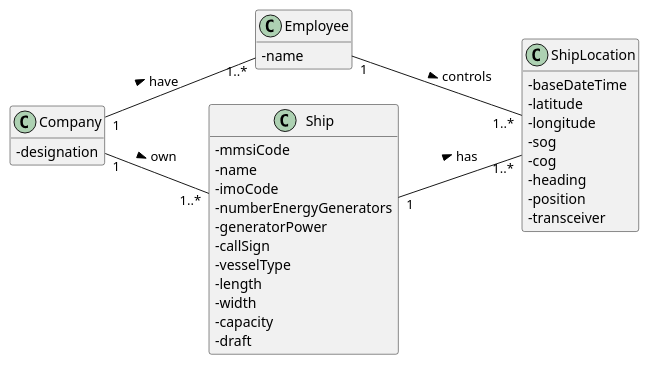
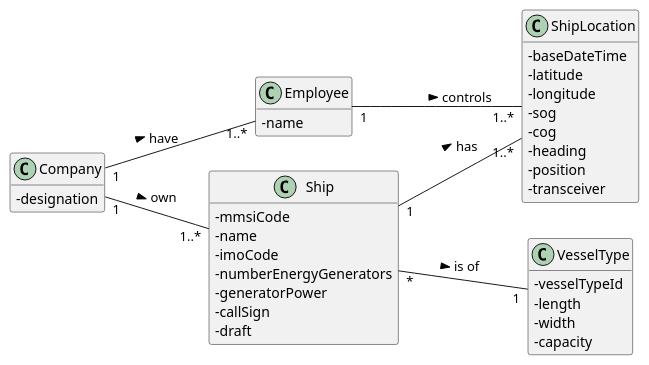
Before and after one commit to 0franciscor/lapr3-2021-g042: the diagram in docs/US106/US106_DM.puml, drawn with PlantUML. The commit also changed 5 other files, not shown here.

```diff
--- a/docs/US106/US106_DM.puml
+++ b/docs/US106/US106_DM.puml
@@ -1,50 +1,54 @@
 @startuml
 'https://plantuml.com/class-diagram
 
 hide methods
 left to right direction
 skinparam classAttributeIconSize 0
 
 
 class Employee {
 -name
 }
 
 class ShipLocation {
 -baseDateTime
 -latitude
 -longitude
 -sog
 -cog
 -heading
 -position
 -transceiver
 }
 
 class Ship {
 -mmsiCode
 -name
 -imoCode
 -numberEnergyGenerators
 -generatorPower
 -callSign
--vesselType
+-draft
+}
+
+class VesselType {
+-vesselTypeId
 -length
 -width
 -capacity
--draft
 }
 
 class Company {
 -designation
 }
 
 Company "1"--"1..*" Ship: own >
 Company "1"--"1..*" Employee: have >
 
 Ship "1" -- "1..*" ShipLocation : has >
+Ship "*" -- "1" VesselType : is of >
 
 Employee "1" -- "1..*" ShipLocation : controls >
 
 
 @enduml
```
